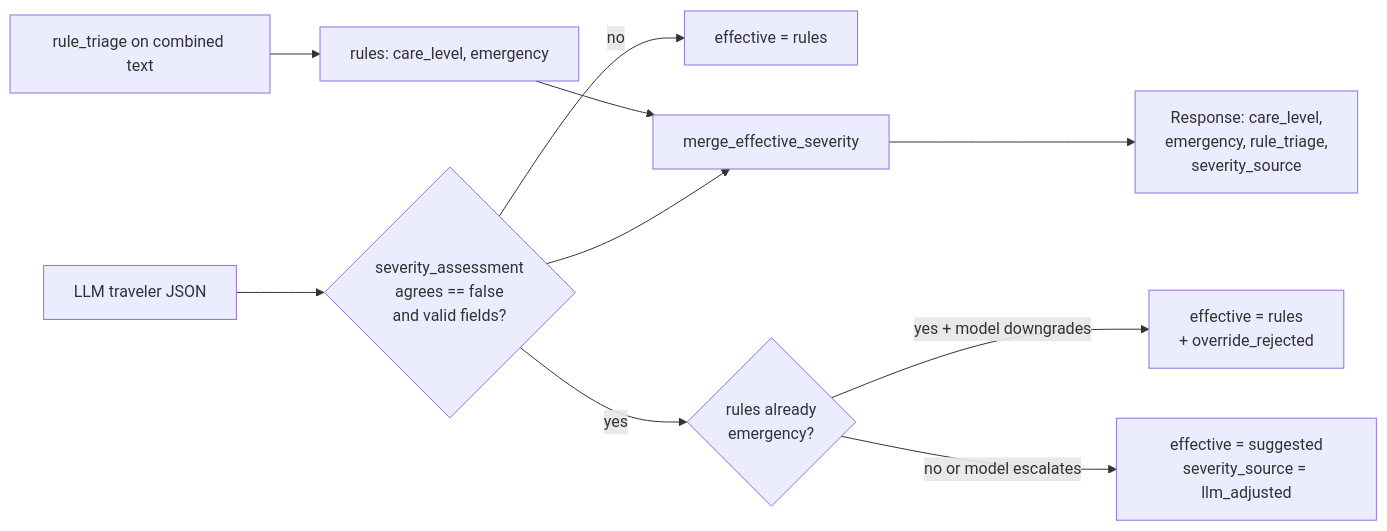
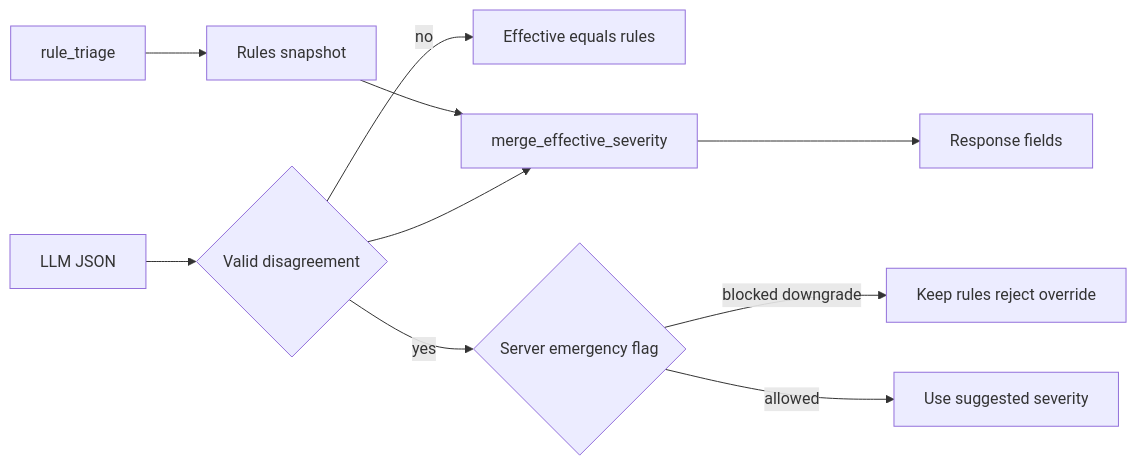
The second of 2 diagrams in README.md (yayunliu90/travelerCareAI), drawn with Mermaid before and after one commit. The commit also changed other lines of this file and 1 other file, not shown here.

````diff
--- a/README.md
+++ b/README.md
@@ -120,12 +121,12 @@
 ```mermaid
 flowchart LR
-  T[rule_triage on combined text] --> R[rules: care_level, emergency]
-  L[LLM traveler JSON] --> SA{severity_assessment\nagrees == false\nand valid fields?}
-  SA -->|no| E1[effective = rules]
-  SA -->|yes| G{rules already\nemergency?}
-  G -->|yes + model downgrades| E2[effective = rules\n+ override_rejected]
-  G -->|no or model escalates| E3[effective = suggested\nseverity_source = llm_adjusted]
+  T[rule_triage] --> R[Rules snapshot]
+  L[LLM JSON] --> SA{Valid disagreement}
+  SA -->|no| E1[Effective equals rules]
+  SA -->|yes| G{Server emergency flag}
+  G -->|blocked downgrade| E2[Keep rules reject override]
+  G -->|allowed| E3[Use suggested severity]
   R --> MERGE[merge_effective_severity]
   SA --> MERGE
-  MERGE --> OUT[Response: care_level,\nemergency, rule_triage,\nseverity_source]
+  MERGE --> OUT[Response fields]
 ```
````
